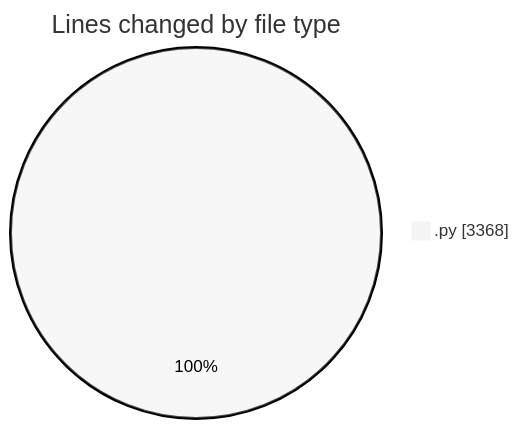
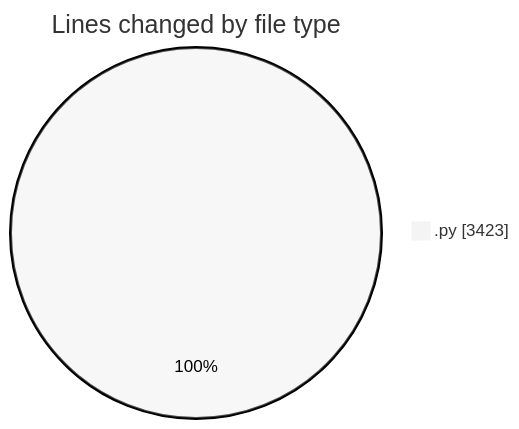
The first of 2 diagrams in 2025-05-08/myws__workspace_/README.md (MatusMokan/code-tracking), drawn with Mermaid (neutral theme) before and after one commit. The commit also changed other lines of this file and 1 other file, not shown here.

````diff
--- a/2025-05-08/myws__workspace_/README.md
+++ b/2025-05-08/myws__workspace_/README.md
@@ -23,5 +23,5 @@
 ```mermaid
 pie showData
 title Lines changed by file type
-".py" : 3368
+".py" : 3423
 ```
````
